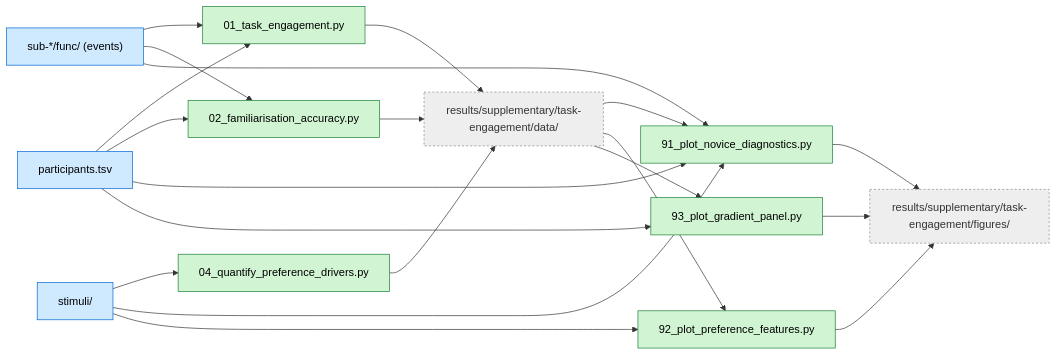
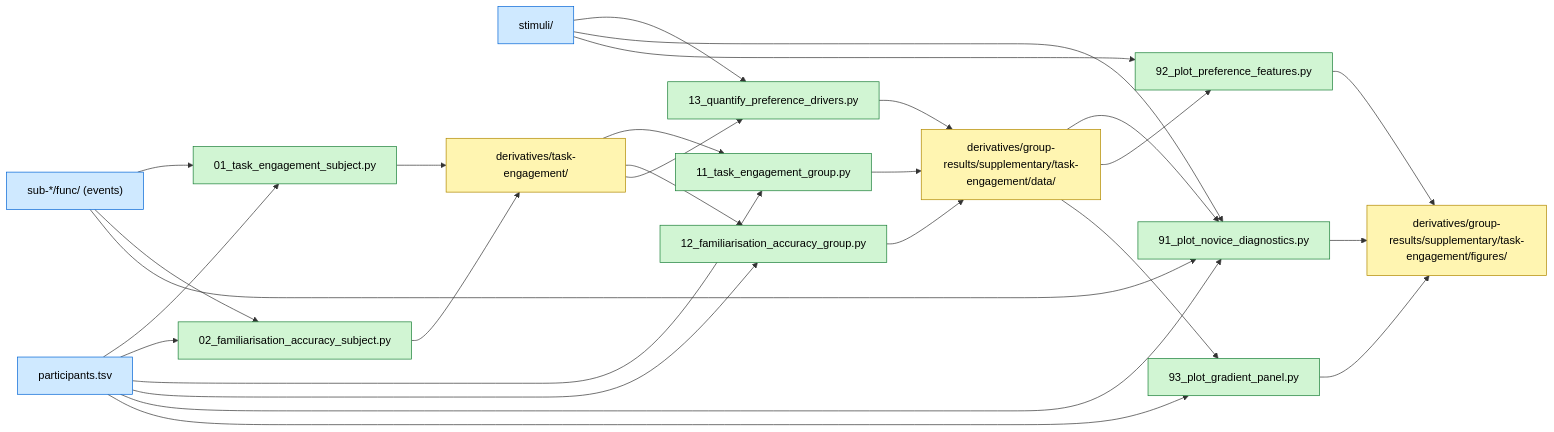
One commit to costantinoai/chess-expertise-2025 changed the diagram in chess-supplementary/task-engagement/README.md. Above: the diagram before and after it, drawn with Mermaid. The commit also changed other lines of this file and 59 other files, not shown here.

````diff
--- a/chess-supplementary/task-engagement/README.md
+++ b/chess-supplementary/task-engagement/README.md
@@ -17,34 +18,51 @@
 ```mermaid
 flowchart LR
-  classDef in fill:#cfe9ff,stroke:#0366d6,color:#000
-  classDef sc fill:#d1f5d3,stroke:#1a7f37,color:#000
-  classDef rl fill:#eee,stroke:#888,stroke-dasharray:3 3,color:#333
+ classDef in fill:#cfe9ff,stroke:#0366d6,color:#000
+ classDef out fill:#fff5b1,stroke:#b08800,color:#000
+ classDef sc fill:#d1f5d3,stroke:#1a7f37,color:#000
 
-  PT[participants.tsv]:::in
-  ST[stimuli/]:::in
-  EV["sub-*/func/ (events)"]:::in
+ PT[participants.tsv]:::in
+ ST[stimuli/]:::in
+ EV["sub-*/func/ (events)"]:::in
 
-  T01["01_task_engagement.py"]:::sc
-  T02["02_familiarisation_accuracy.py"]:::sc
-  T04["04_quantify_preference_drivers.py"]:::sc
-  T91["91_plot_novice_diagnostics.py"]:::sc
-  T92["92_plot_preference_features.py"]:::sc
-  T93["93_plot_gradient_panel.py"]:::sc
-  DATA["results/supplementary/task-engagement/data/"]:::rl
-  FIGURES["results/supplementary/task-engagement/figures/"]:::rl
+ T01["01_task_engagement_subject.py"]:::sc
+ T02["02_familiarisation_accuracy_subject.py"]:::sc
+ T11["11_task_engagement_group.py"]:::sc
+ T12["12_familiarisation_accuracy_group.py"]:::sc
+ T13["13_quantify_preference_drivers.py"]:::sc
+ T91["91_plot_novice_diagnostics.py"]:::sc
+ T92["92_plot_preference_features.py"]:::sc
+ T93["93_plot_gradient_panel.py"]:::sc
+ DERIV[derivatives/task-engagement/]:::out
+ DATA["derivatives/group-results/supplementary/task-engagement/data/"]:::out
+ FIGURES["derivatives/group-results/supplementary/task-engagement/figures/"]:::out
 
-  EV --> T01 --> DATA
-  PT --> T01
-  EV --> T02 --> DATA
-  PT --> T02
-  ST --> T04 --> DATA
+ EV --> T01
+ PT --> T01
+ T01 --> DERIV
 
-  DATA --> T91 --> FIGURES
-  EV --> T91
-  ST --> T91
-  PT --> T91
-  DATA --> T92 --> FIGURES
-  ST --> T92
-  DATA --> T93 --> FIGURES
-  PT --> T93
+ EV --> T02
+ PT --> T02
+ T02 --> DERIV
+
+ DERIV --> T11
+ PT --> T11
+ T11 --> DATA
+
+ DERIV --> T12
+ PT --> T12
+ T12 --> DATA
+
+ DERIV --> T13
+ ST --> T13
+ T13 --> DATA
+
+ DATA --> T91 --> FIGURES
+ EV --> T91
+ ST --> T91
+ PT --> T91
+ DATA --> T92 --> FIGURES
+ ST --> T92
+ DATA --> T93 --> FIGURES
+ PT --> T93
 ```
````
